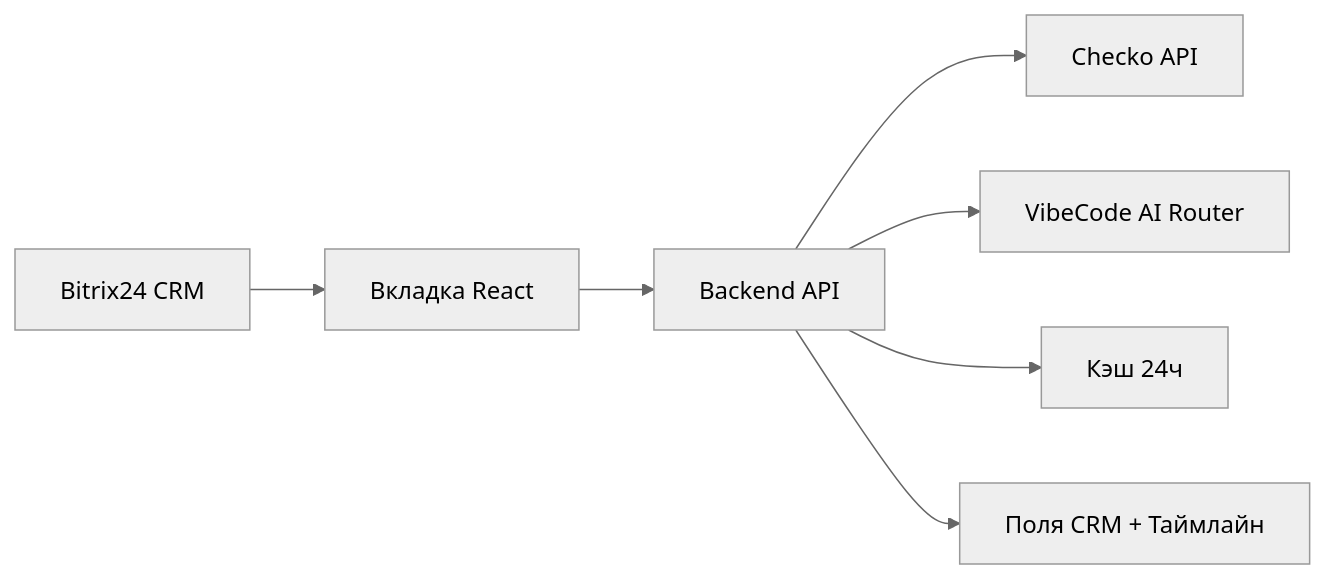
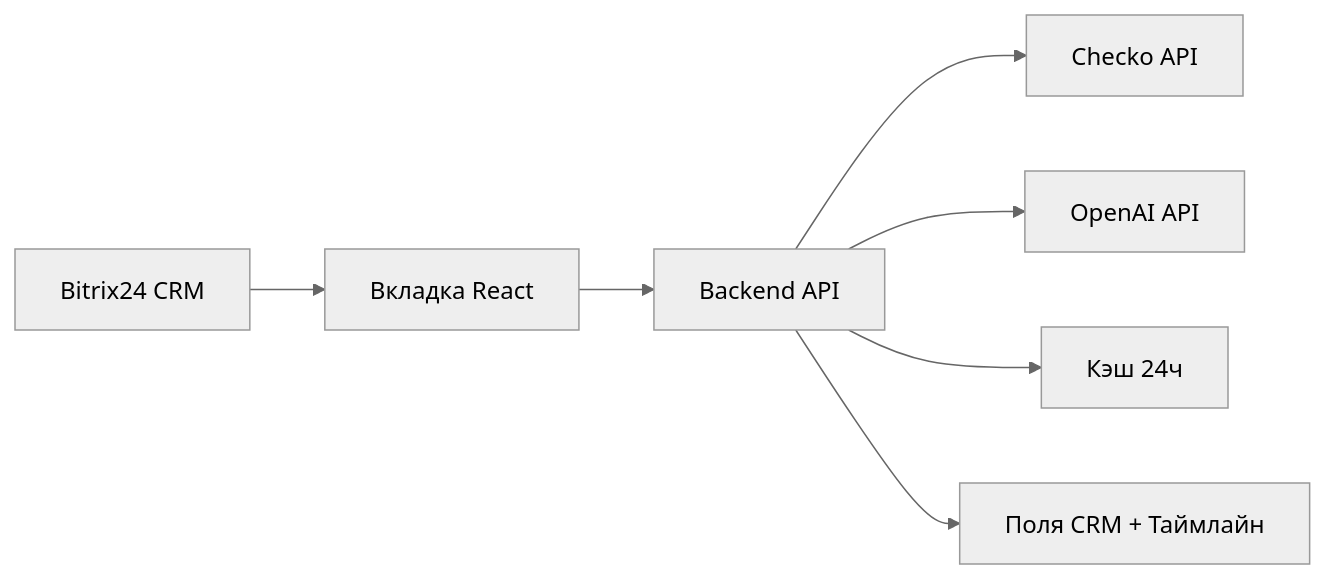
The diagram in README.md (fghdhftt/111), drawn with Mermaid (neutral theme) before and after one commit. The commit also changed other lines of this file and 8 other files, not shown here.

Commit message:
Migrate from VibeCode to Railway + Groq AI

````diff
--- a/README.md
+++ b/README.md
@@ -176,9 +168,9 @@
 ```mermaid
 flowchart LR
   CRM[Bitrix24 CRM] --> Tab[Вкладка React]
   Tab --> API[Backend API]
   API --> Checko[Checko API]
-  API --> AI[VibeCode AI Router]
+  API --> AI[OpenAI API]
   API --> Cache[Кэш 24ч]
   API --> CRMFields[Поля CRM + Таймлайн]
 ```
````
